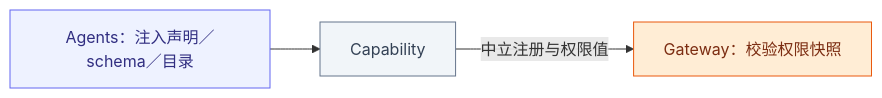
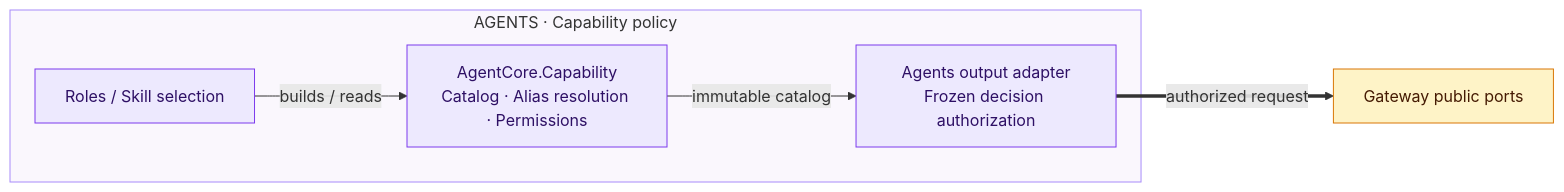
Before and after one commit to devilyouwei/MobileHarness: the first of 2 diagrams in MobileHarness/Agents/Support/Core/Capability/README.md, drawn with Mermaid. The commit also changed other lines of this file and 352 other files, not shown here.

````diff
--- a/MobileHarness/Agents/Support/Core/Capability/README.md
+++ b/MobileHarness/Agents/Support/Core/Capability/README.md
@@ -7,16 +7,15 @@
 ```mermaid
 flowchart LR
- A["Agents：注入声明／schema／目录"]:::agent
- C["Capability"]:::host
- G["Gateway：校验权限快照"]:::gateway
- A --> C
- C -->|"中立注册与权限值"| G
- classDef ui fill:#e0f2fe,stroke:#0284c7,color:#0c4a6e
- classDef platform fill:#dcfce7,stroke:#16a34a,color:#14532d
- classDef model fill:#f3e8ff,stroke:#9333ea,color:#581c87
- classDef storage fill:#fef3c7,stroke:#d97706,color:#78350f
- classDef agent fill:#eef2ff,stroke:#6366f1,color:#312e81
- classDef gateway fill:#ffedd5,stroke:#ea580c,color:#7c2d12
- classDef action fill:#ffe4e6,stroke:#e11d48,color:#881337
- classDef host fill:#f1f5f9,stroke:#64748b,color:#334155
+    subgraph Cognition["AGENTS · Capability policy"]
+        A["Roles / Skill selection"]:::agent
+        C["AgentCore.Capability<br/>Catalog · Alias resolution · Permissions"]:::agent
+        B["Agents output adapter<br/>Frozen decision authorization"]:::agent
+        A -->|builds / reads| C
+        C -->|immutable catalog| B
+    end
+    G["Gateway public ports"]:::gateway
+    B ==>|authorized request| G
+    classDef agent fill:#ede9fe,stroke:#7c3aed,color:#2e1065
+    classDef gateway fill:#fef3c7,stroke:#d97706,color:#451a03
+    style Cognition fill:#faf7fd,stroke:#a78bfa
 ```
````
